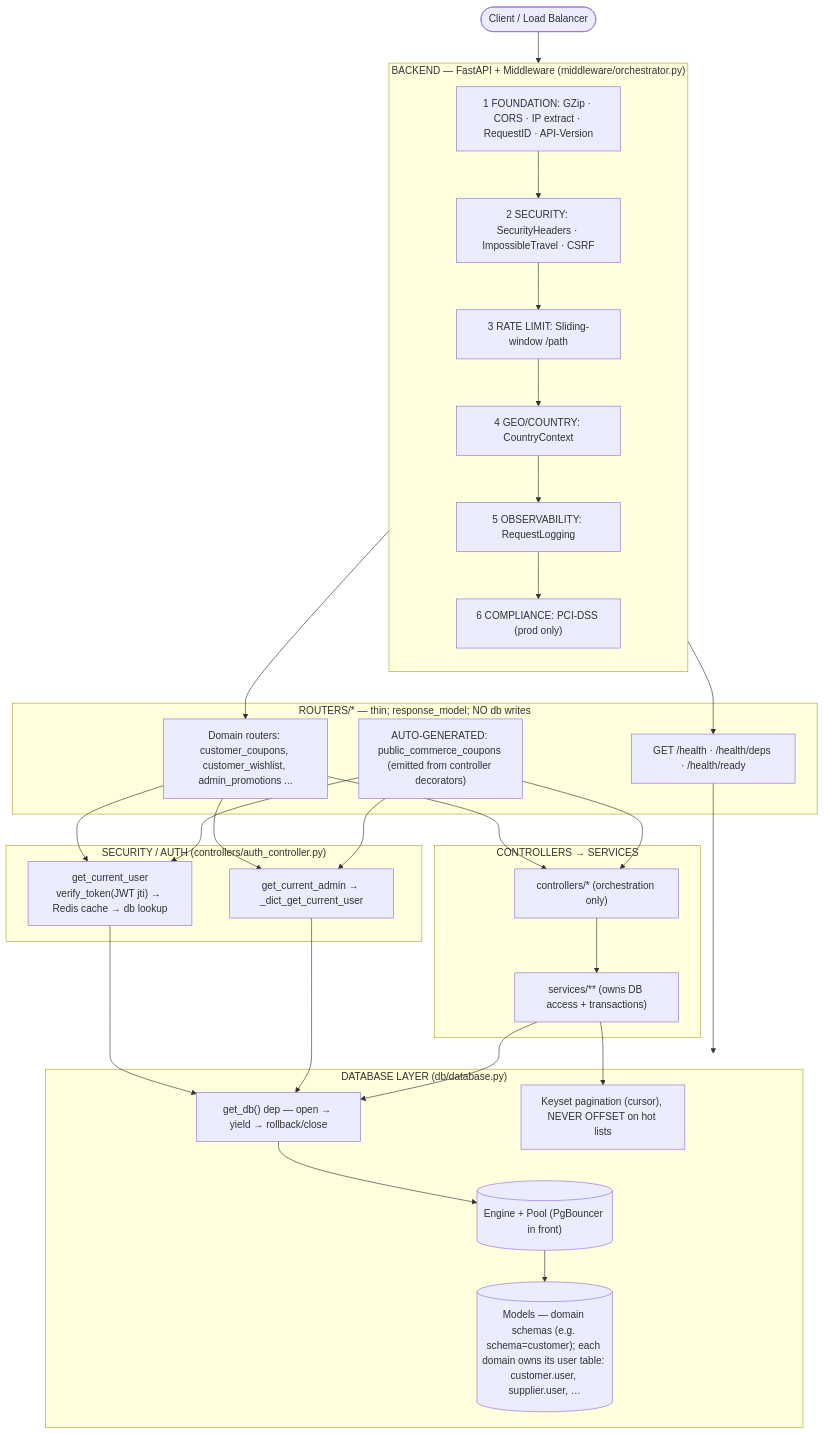
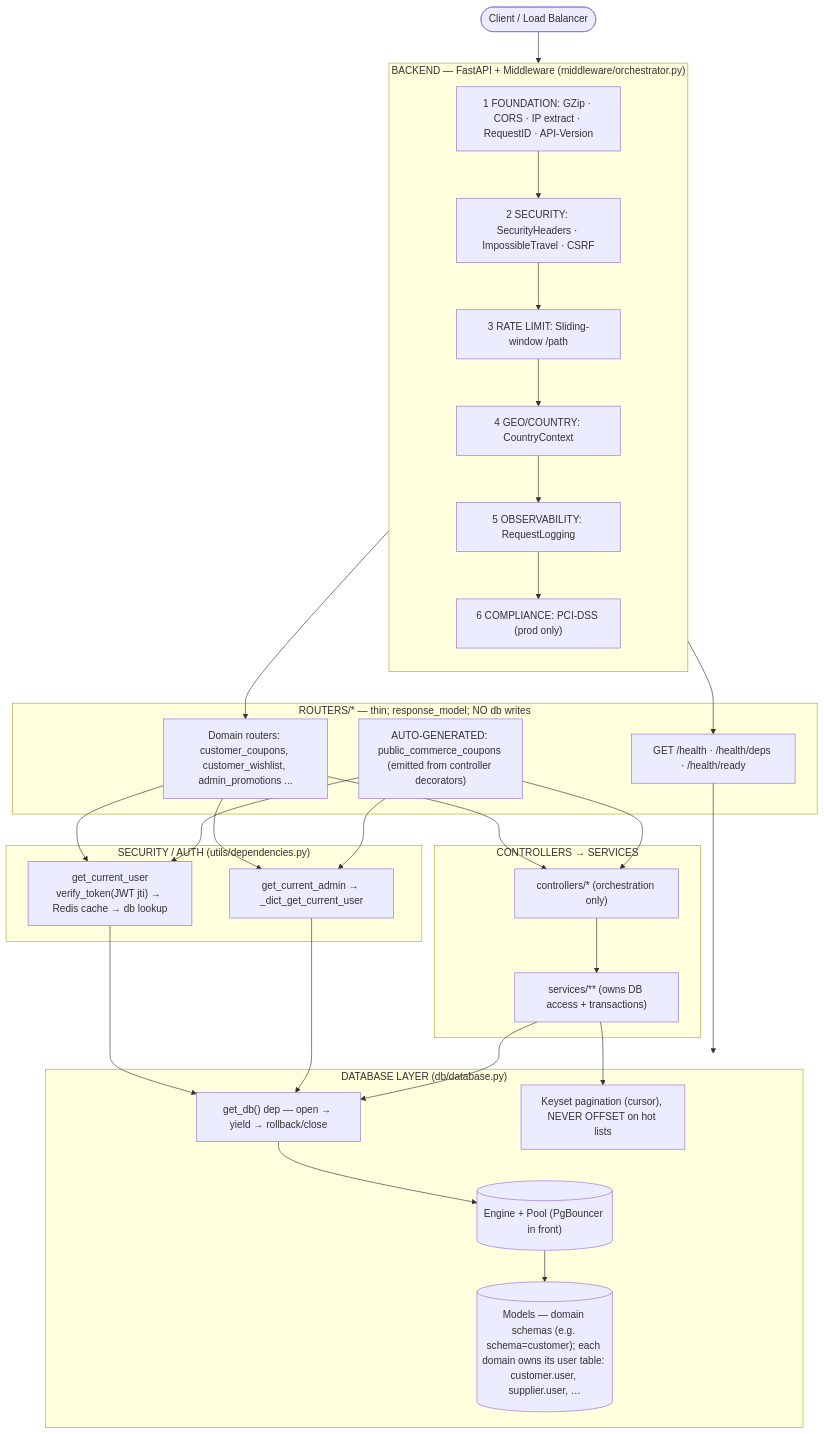
One commit to Makfuncky/zozi changed the second of 7 diagrams in ARCHITECTURE_DIAGRAM.md. Above: the diagram before and after it, drawn with Mermaid. The commit also changed other lines of this file and 2568 other files, not shown here.

````diff
--- a/ARCHITECTURE_DIAGRAM.md
+++ b/ARCHITECTURE_DIAGRAM.md
@@ -68,56 +74,56 @@
 ```mermaid
     flowchart TD
         Client([Client / Load Balancer])
 
         subgraph BE["BACKEND — FastAPI + Middleware (middleware/orchestrator.py)"]
             direction TB
             L1["1 FOUNDATION: GZip · CORS · IP extract · RequestID · API-Version"]
             L2["2 SECURITY: SecurityHeaders · ImpossibleTravel · CSRF"]
             L3["3 RATE LIMIT: Sliding-window /path"]
             L4["4 GEO/COUNTRY: CountryContext"]
             L5["5 OBSERVABILITY: RequestLogging"]
             L6["6 COMPLIANCE: PCI-DSS (prod only)"]
             L1 --> L2 --> L3 --> L4 --> L5 --> L6
         end
 
         subgraph RT["ROUTERS/* — thin; response_model; NO db writes"]
             H["GET /health · /health/deps · /health/ready"]
             R["Domain routers: customer_coupons, customer_wishlist, admin_promotions ..."]
             G["AUTO-GENERATED: public_commerce_coupons (emitted from controller decorators)"]
         end
 
-        subgraph SEC["SECURITY / AUTH (controllers/auth_controller.py)"]
+        subgraph SEC["SECURITY / AUTH (utils/dependencies.py)"]
             AUTH["get_current_user<br/>verify_token(JWT jti) → Redis cache → db lookup"]
             ADMIN["get_current_admin → _dict_get_current_user"]
         end
 
         subgraph SVC["CONTROLLERS → SERVICES"]
             C["controllers/* (orchestration only)"]
             S["services/** (owns DB access + transactions)"]
         end
 
         subgraph DB["DATABASE LAYER (db/database.py)"]
             POOL[("Engine + Pool (PgBouncer in front)")]
             GETDB["get_db() dep — open → yield → rollback/close"]
             KEYS["Keyset pagination (cursor), NEVER OFFSET on hot lists"]
             MODELS[("Models — domain schemas (e.g. schema=customer); each domain owns its user table: customer.user, supplier.user, …")]
         end
 
         Client --> L1
         L6 --> H
         L6 --> R
         H --> DB
         R --> AUTH
         R --> ADMIN
         AUTH --> GETDB
         ADMIN --> GETDB
         R --> C
         G --> AUTH
         G --> ADMIN
         G --> C
         C --> S
         S --> GETDB
         GETDB --> POOL
         POOL --> MODELS
         S --> KEYS
 ```
````
